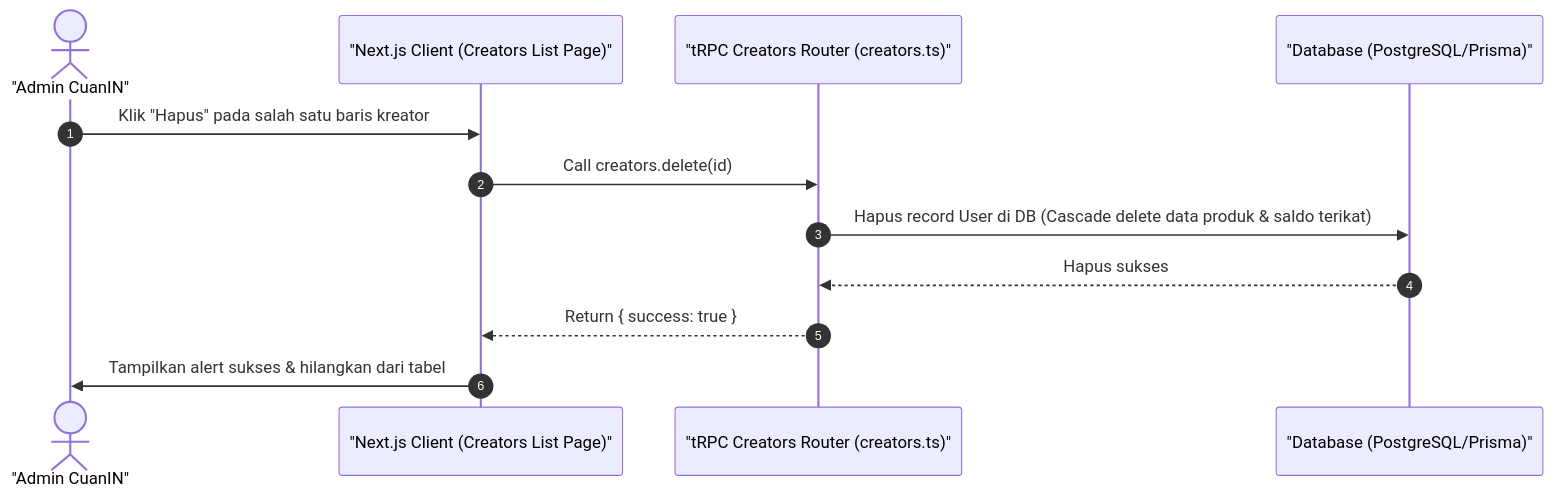
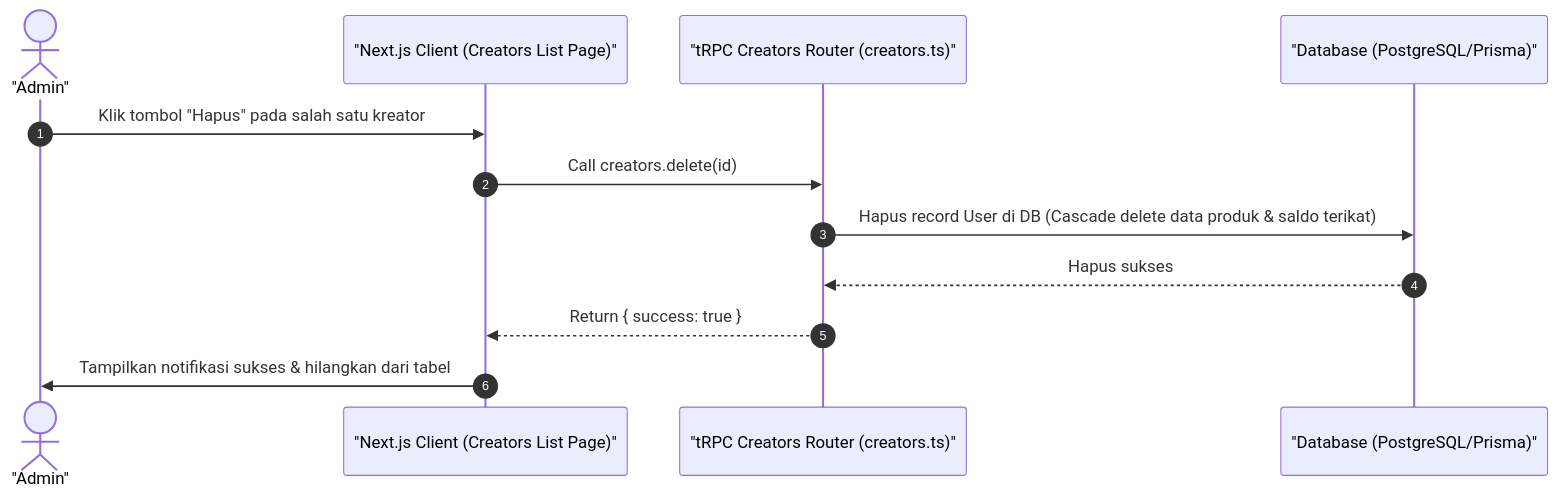
Before and after one commit to luputer/CuanIN: the diagram in docs/05-admin-kreator-delete.md, drawn with Mermaid. The commit also changed 53 other files, not shown here.

````diff
--- a/docs/05-admin-kreator-delete.md
+++ b/docs/05-admin-kreator-delete.md
@@ -5,16 +5,16 @@
 ```mermaid
 sequenceDiagram
     autonumber
-    actor Admin as "Admin CuanIN"
+    actor Admin as "Admin"
     participant Client as "Next.js Client (Creators List Page)"
     participant Server as "tRPC Creators Router (creators.ts)"
     participant DB as "Database (PostgreSQL/Prisma)"
 
-    Admin->>Client: Klik "Hapus" pada salah satu baris kreator
+    Admin->>Client: Klik tombol "Hapus" pada salah satu kreator
     Client->>Server: Call creators.delete(id)
     Server->>DB: Hapus record User di DB (Cascade delete data produk & saldo terikat)
     DB-->>Server: Hapus sukses
     Server-->>Client: Return { success: true }
-    Client->>Admin: Tampilkan alert sukses & hilangkan dari tabel
+    Client->>Admin: Tampilkan notifikasi sukses & hilangkan dari tabel
 
 ```
````
